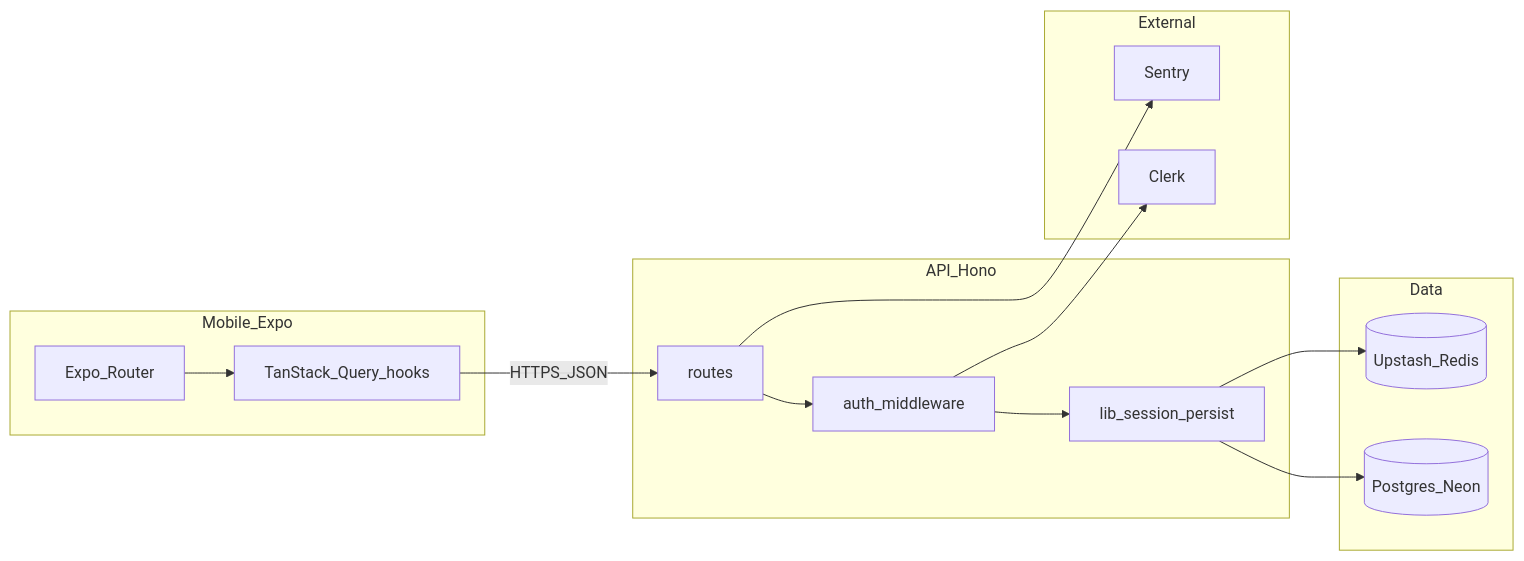
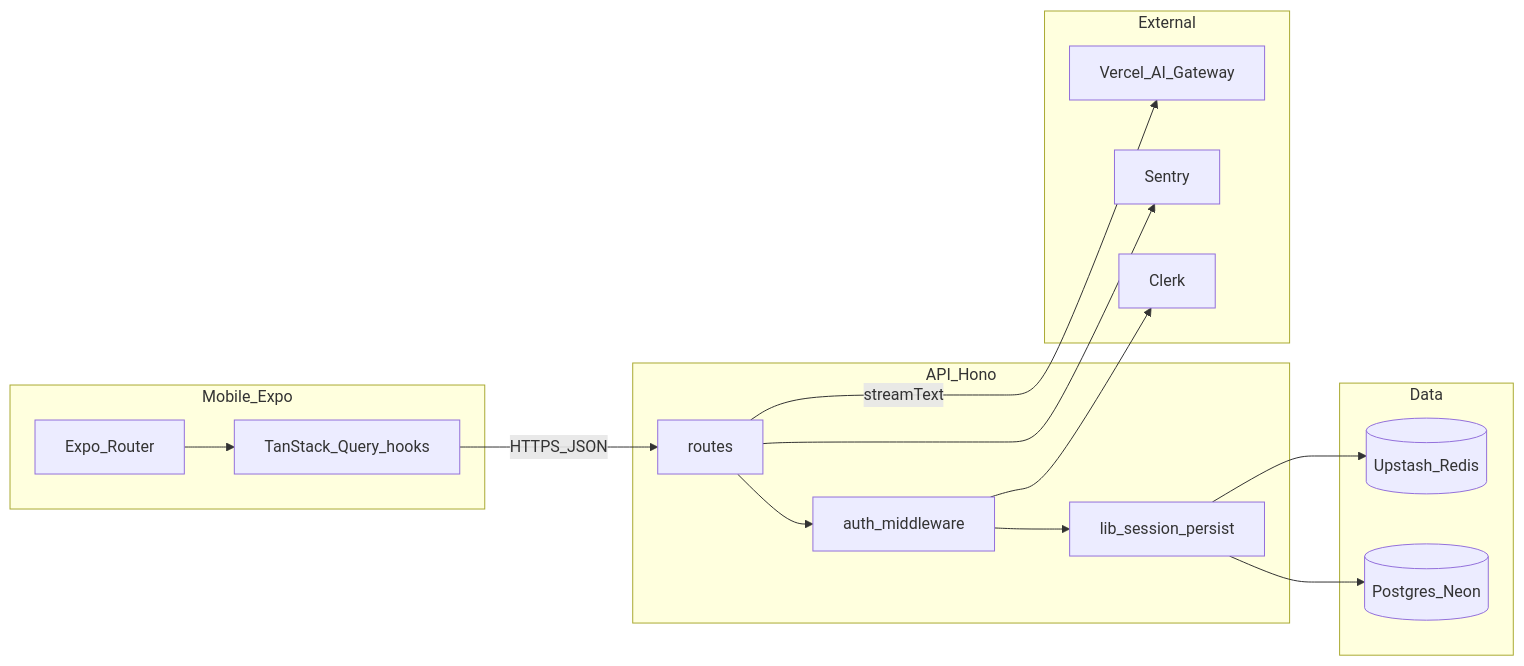
One commit to CClerville/cheddr-tic-tac-toe changed the first of 2 diagrams in ARCHITECTURE.md. Above: the diagram before and after it, drawn with Mermaid. The commit also changed other lines of this file and 1 other file, not shown here.

First line of the commit message:
docs: sync README and ARCHITECTURE with AI stack

````diff
--- a/ARCHITECTURE.md
+++ b/ARCHITECTURE.md
@@ -7,28 +7,30 @@
 ```mermaid
 flowchart LR
   subgraph client [Mobile_Expo]
     Router[Expo_Router]
     Hooks[TanStack_Query_hooks]
     Router --> Hooks
   end
   subgraph api [API_Hono]
     Routes[routes]
     MW[auth_middleware]
     Lib[lib_session_persist]
     Routes --> MW
     MW --> Lib
   end
   subgraph data [Data]
     Neon[(Postgres_Neon)]
     Redis[(Upstash_Redis)]
   end
   subgraph external [External]
     Clerk[Clerk]
     Sentry[Sentry]
+    AiGateway[Vercel_AI_Gateway]
   end
   Hooks -->|HTTPS_JSON| Routes
   Lib --> Neon
   Lib --> Redis
   MW --> Clerk
   Routes --> Sentry
+  Routes -->|streamText| AiGateway
 ```
````
